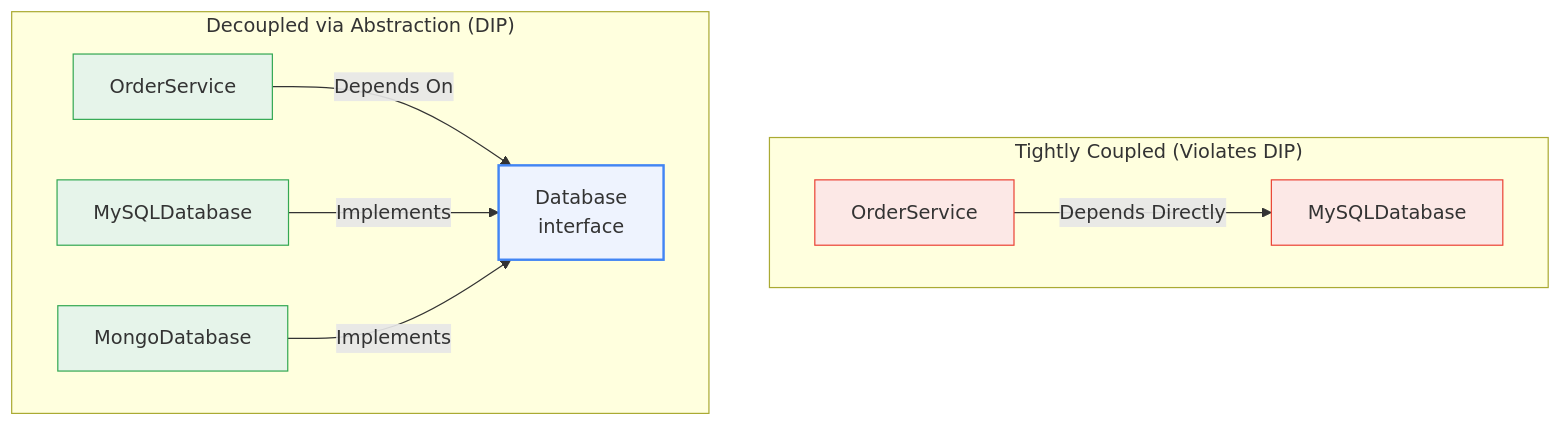
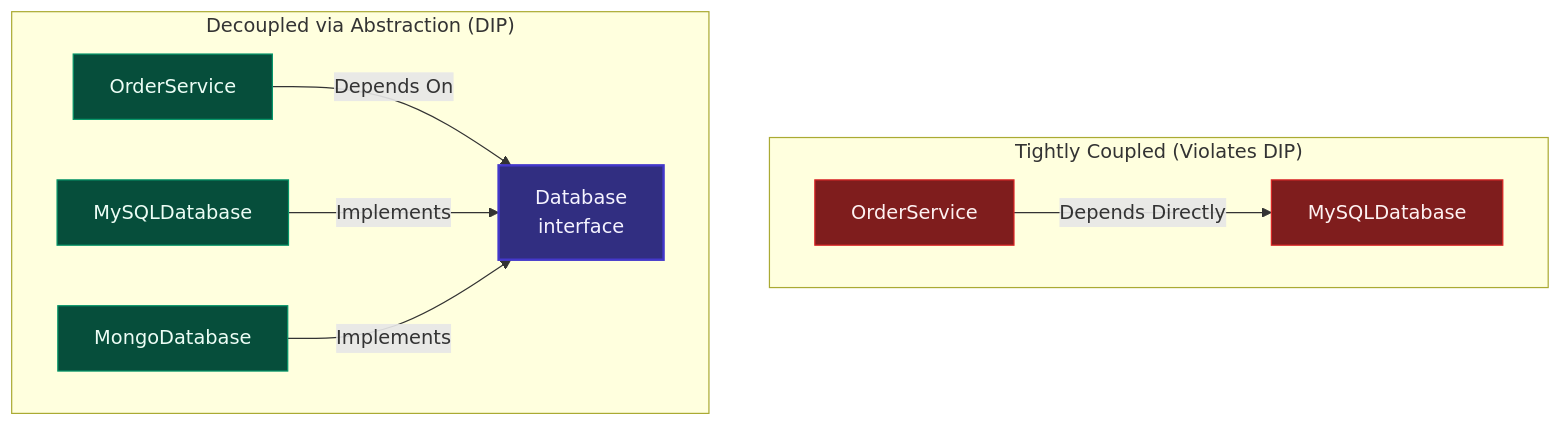
One commit to SaiTeja301/My_Interview_Preparation changed the seventh of 12 diagrams in Java_jdbc_hibernate_SpringBoot/analysis/Java_Analysis.md. Above: the diagram before and after it, drawn with Mermaid. The commit also changed other lines of this file, not shown here.

Commit message:
style(mermaid): enhance all diagrams for light and dark mode compatibility

````diff
--- a/Java_jdbc_hibernate_SpringBoot/analysis/Java_Analysis.md
+++ b/Java_jdbc_hibernate_SpringBoot/analysis/Java_Analysis.md
@@ -564,19 +595,20 @@
 ```mermaid
 graph TD
     subgraph TightCoupling ["Tightly Coupled (Violates DIP)"]
         OrderServiceBad["OrderService"] -->|Depends Directly| MySQLBad["MySQLDatabase"]
     end
 
     subgraph Decoupled ["Decoupled via Abstraction (DIP)"]
         OrderServiceGood["OrderService"] -->|Depends On| DbInterface["Database<br>interface"]
         MySQLGood["MySQLDatabase"] -->|Implements| DbInterface
         MongoGood["MongoDatabase"] -->|Implements| DbInterface
     end
 
-    style DbInterface fill:#eef3fe,stroke:#4285f4,stroke-width:2px
-    style OrderServiceBad fill:#fce8e6,stroke:#ea4335,stroke-width:1px
-    style MySQLBad fill:#fce8e6,stroke:#ea4335,stroke-width:1px
-    style OrderServiceGood fill:#e6f4ea,stroke:#34a853,stroke-width:1px
-    style MySQLGood fill:#e6f4ea,stroke:#34a853,stroke-width:1px
-    style MongoGood fill:#e6f4ea,stroke:#34a853,stroke-width:1px
+    classDef bad fill:#7F1D1D,stroke:#DC2626,color:#FEF2F2,stroke-width:1px;
+    classDef good fill:#064E3B,stroke:#059669,color:#ECFDF5,stroke-width:1px;
+    classDef strategy fill:#312E81,stroke:#4338CA,color:#F5F3FF,stroke-width:2px;
+
+    class OrderServiceBad,MySQLBad bad;
+    class OrderServiceGood,MySQLGood,MongoGood good;
+    class DbInterface strategy;
 ```
````
